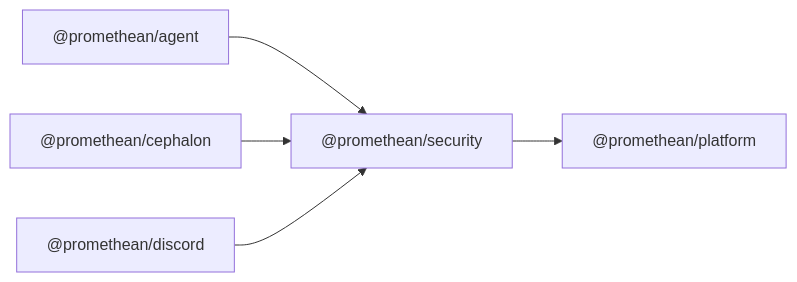
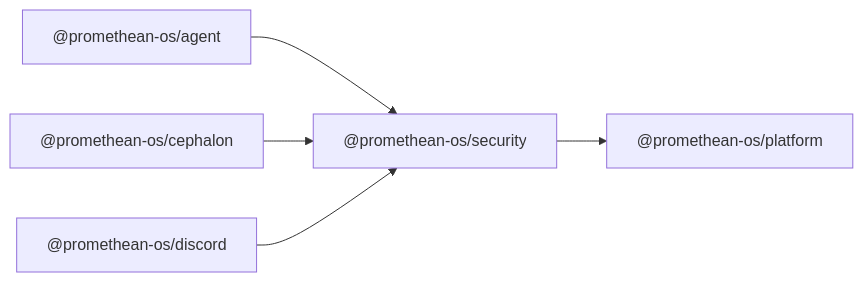
The diagram in docs/packages/security/README.md (octave-commons/promethean), drawn with Mermaid before and after one commit. The commit also changed other lines of this file and 1753 other files, not shown here.

````diff
--- a/docs/packages/security/README.md
+++ b/docs/packages/security/README.md
@@ -14,16 +14,16 @@
 ```mermaid
 graph LR
-  A["@promethean/security"]
-  D1["@promethean/platform"]
-  R1["@promethean/agent"]
-  R2["@promethean/cephalon"]
-  R3["@promethean/discord"]
-  A --> D1["@promethean/platform"]
-  R1["@promethean/agent"] --> A
-  R2["@promethean/cephalon"] --> A
-  R3["@promethean/discord"] --> A
-  click D1 "../platform/README.md" "@promethean/platform"
-  click R1 "../agent/README.md" "@promethean/agent"
-  click R2 "../cephalon/README.md" "@promethean/cephalon"
-  click R3 "../discord/README.md" "@promethean/discord"
+  A["@promethean-os/security"]
+  D1["@promethean-os/platform"]
+  R1["@promethean-os/agent"]
+  R2["@promethean-os/cephalon"]
+  R3["@promethean-os/discord"]
+  A --> D1["@promethean-os/platform"]
+  R1["@promethean-os/agent"] --> A
+  R2["@promethean-os/cephalon"] --> A
+  R3["@promethean-os/discord"] --> A
+  click D1 "../platform/README.md" "@promethean-os/platform"
+  click R1 "../agent/README.md" "@promethean-os/agent"
+  click R2 "../cephalon/README.md" "@promethean-os/cephalon"
+  click R3 "../discord/README.md" "@promethean-os/discord"
 ```
````
